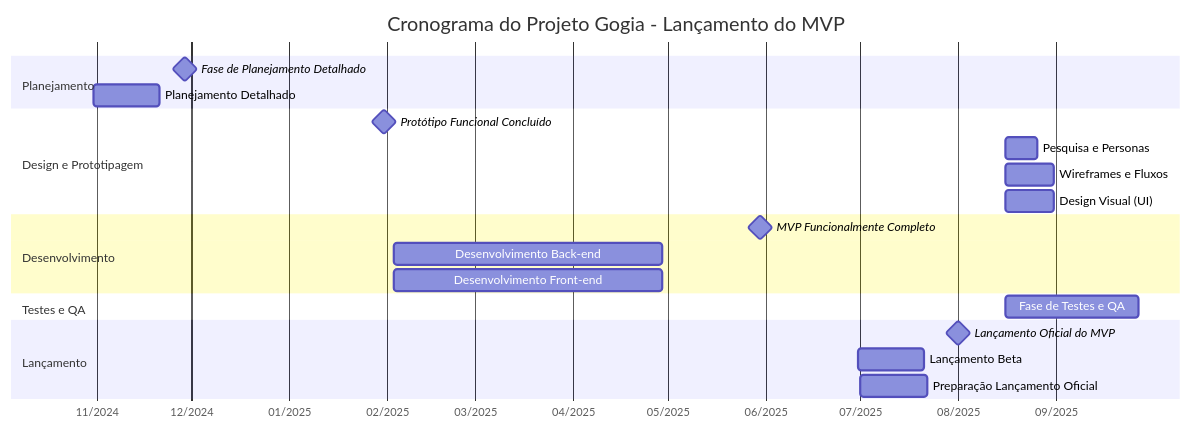
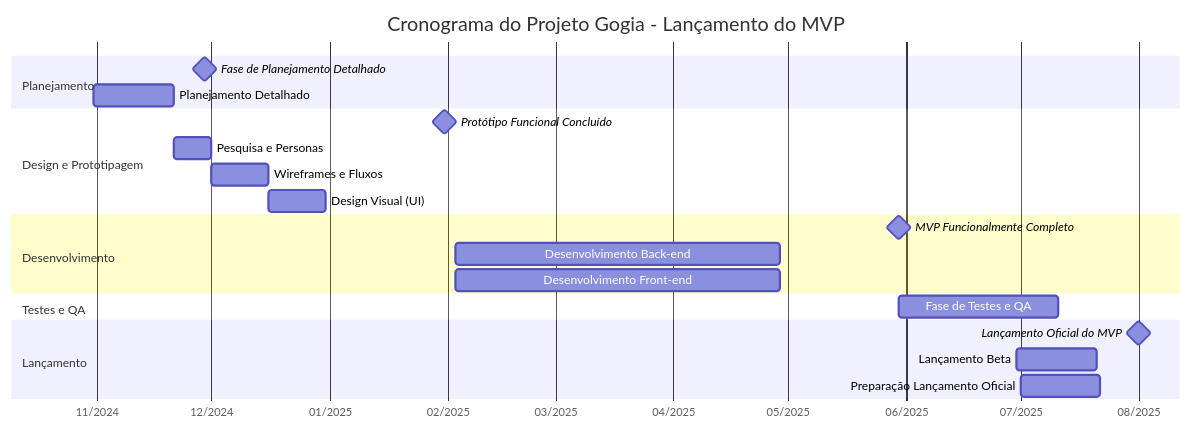
One commit to Jvictorj/Gestao-de-Projeto changed the diagram in README.md. Above: the diagram before and after it, drawn with Mermaid.

````diff
--- a/README.md
+++ b/README.md
@@ -1,29 +1,29 @@
 ```mermaid
 gantt
-  title Cronograma do Projeto Gogia - Lançamento do MVP
-  dateFormat  YYYY-MM-DD
-  axisFormat  %m/%Y
-  
-  section Planejamento
-  Fase de Planejamento Detalhado :milestone, 1.1.2, 2024-11-29, 0d
-  Planejamento Detalhado :1.1.1, 2024-10-31, 21d
+    title Cronograma do Projeto Gogia - Lançamento do MVP
+    dateFormat  YYYY-MM-DD
+    axisFormat  %m/%Y
+    
+    section Planejamento
+    Fase de Planejamento Detalhado :milestone, id_112, 2024-11-29, 0d
+    Planejamento Detalhado :id_111, 2024-10-31, 21d
 
-  section Design e Prototipagem
-  Protótipo Funcional Concluído :milestone, 1.2.1.4, 2025-01-31, 0d
-  Pesquisa e Personas :1.2.1.1, after 1.1.1, 10d
-  Wireframes e Fluxos :1.2.1.2, after 1.2.1.1, 15d
-  Design Visual (UI) :1.2.1.3, after 1.2.1.2, 15d
+    section Design e Prototipagem
+    Protótipo Funcional Concluído :milestone, id_1214, 2025-01-31, 0d
+    Pesquisa e Personas :id_1211, after id_111, 10d
+    Wireframes e Fluxos :id_1212, after id_1211, 15d
+    Design Visual (UI) :id_1213, after id_1212, 15d
 
-  section Desenvolvimento
-  MVP Funcionalmente Completo :milestone, 1.2.4, 2025-05-30, 0d
-  Desenvolvimento Back-end :1.2.2, 2025-02-03, 85d
-  Desenvolvimento Front-end :1.2.3, 2025-02-03, 85d
+    section Desenvolvimento
+    MVP Funcionalmente Completo :milestone, id_124, 2025-05-30, 0d
+    Desenvolvimento Back-end :id_122, 2025-02-03, 85d
+    Desenvolvimento Front-end :id_123, 2025-02-03, 85d
 
-  section Testes e QA
-  Fase de Testes e QA :1.2.5, after 1.2.4, 42d
-  
-  section Lançamento
-  Lançamento Oficial do MVP :milestone, 1.2.6.4, 2025-08-01, 0d
-  Lançamento Beta :1.2.6.1, 2025-06-30, 21d
-  Preparação Lançamento Oficial :1.2.6.3, 2025-07-01, 21d
+    section Testes e QA
+    Fase de Testes e QA :id_125, after id_124, 42d
+    
+    section Lançamento
+    Lançamento Oficial do MVP :milestone, id_1264, 2025-08-01, 0d
+    Lançamento Beta :id_1261, 2025-06-30, 21d
+    Preparação Lançamento Oficial :id_1263, 2025-07-01, 21d
 ```
````
